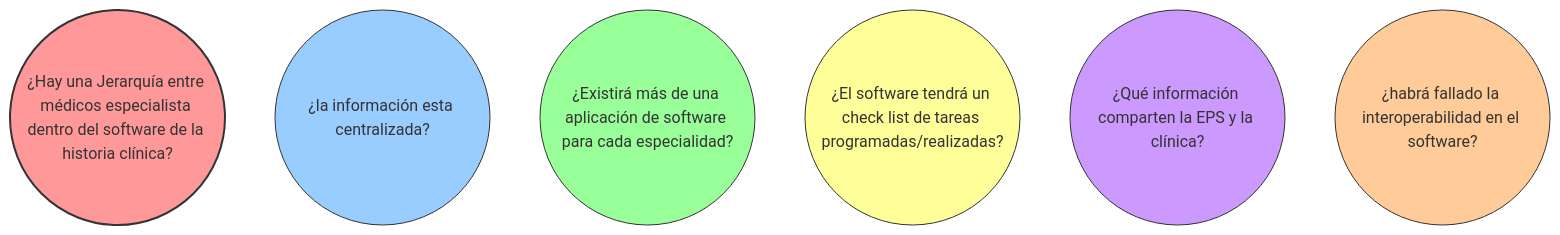
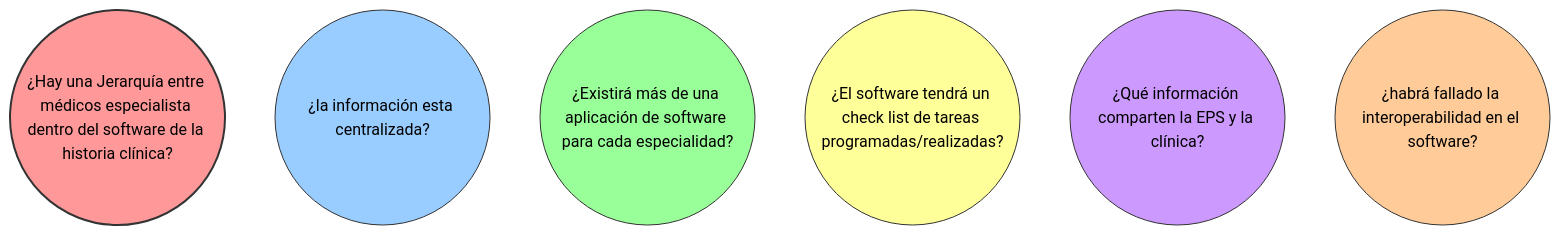
Before and after one commit to JhalexR/learning-journey: the fifth of 8 diagrams in Knowledge Base/2 Articulos e investigaciones/3. Hospitalización y Software.md, drawn with Mermaid. The commit also changed other lines of this file, not shown here.

````diff
--- a/Knowledge Base/2 Articulos e investigaciones/3. Hospitalización y Software.md
+++ b/Knowledge Base/2 Articulos e investigaciones/3. Hospitalización y Software.md
@@ -146,17 +146,17 @@
 ```mermaid
 flowchart 
 
     A((¿Hay una Jerarquía entre médicos especialista dentro del software de la historia clínica?))
     B((¿la información esta centralizada?))
     C((¿Existirá más de una aplicación de software para cada especialidad?))
     D((¿El software tendrá un check list de tareas programadas/realizadas?))
     E((¿Qué información comparten la EPS y la clínica?))
     F((¿habrá fallado la interoperabilidad en el software?))
 
-    style A fill:#ff9999,stroke:#333,stroke-width:2px
-    style B fill:#99ccff,stroke:#333,stroke-width:1px
-    style C fill:#99ff99,stroke:#333,stroke-width:1px
-    style D fill:#ffff99,stroke:#333,stroke-width:1px
-    style E fill:#cc99ff,stroke:#333,stroke-width:1px
-    style F fill:#ffcc99,stroke:#333,stroke-width:1px
+    style A fill:#ff9999,stroke:#333,stroke-width:2px,color:#000000
+    style B fill:#99ccff,stroke:#333,stroke-width:1px,color:#000000
+    style C fill:#99ff99,stroke:#333,stroke-width:1px,color:#000000
+    style D fill:#ffff99,stroke:#333,stroke-width:1px,color:#000000
+    style E fill:#cc99ff,stroke:#333,stroke-width:1px,color:#000000
+    style F fill:#ffcc99,stroke:#333,stroke-width:1px,color:#000000
 ```
````
